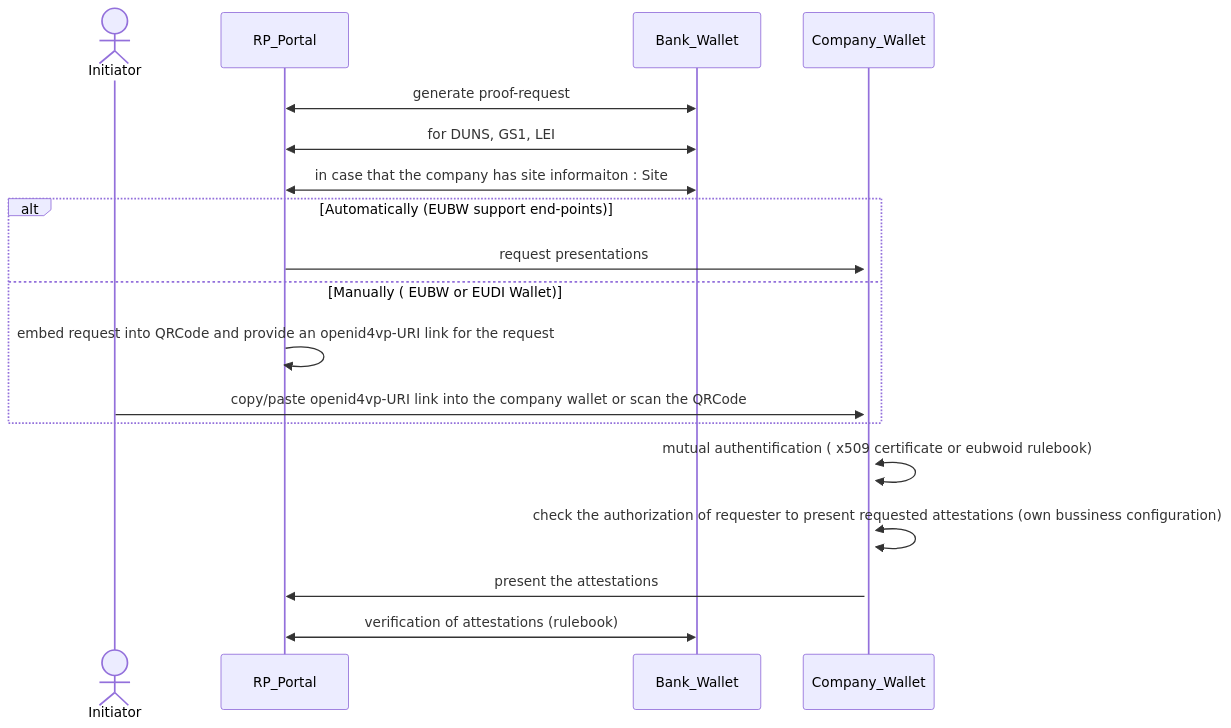
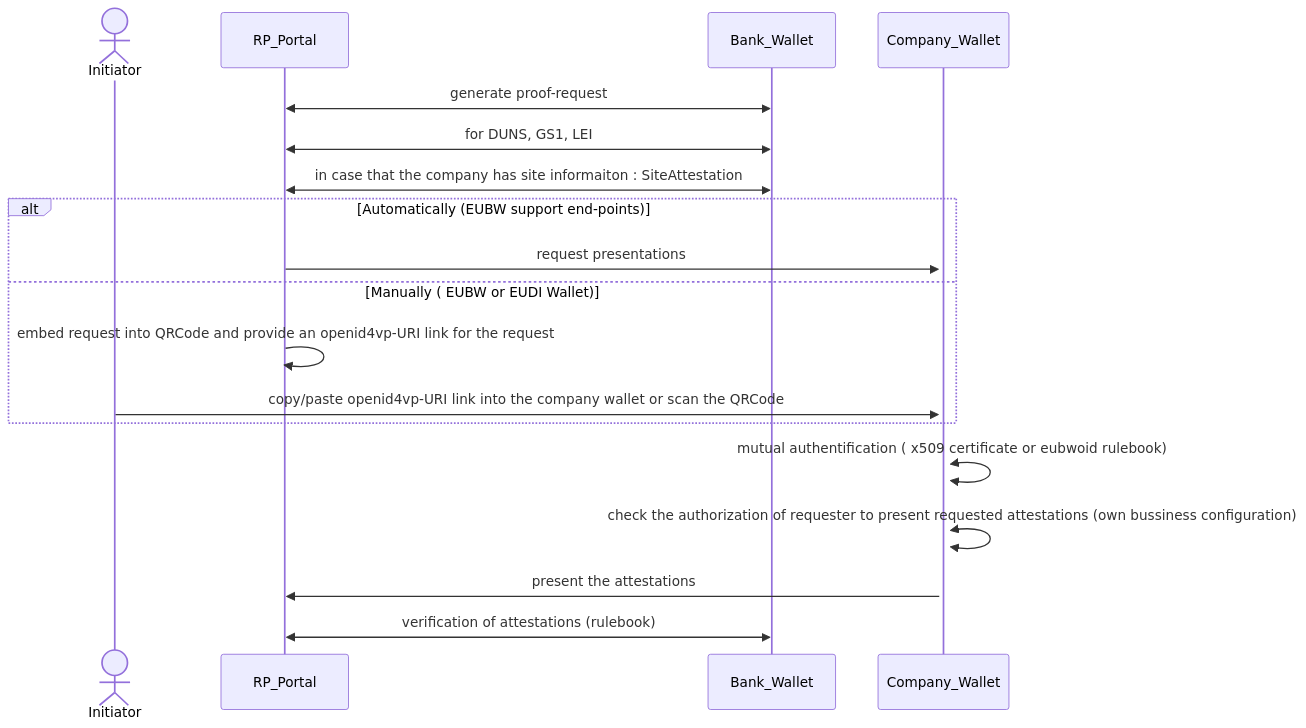
The sixth of 9 diagrams in BU1/BU1_KYS.md (DominicHurni/wp3-technology-standards), drawn with Mermaid before and after one commit. The commit also changed other lines of this file and 3 other files, not shown here.

````diff
--- a/BU1/BU1_KYS.md
+++ b/BU1/BU1_KYS.md
@@ -139,17 +140,17 @@
 ```mermaid
 sequenceDiagram
     actor Initiator
     RP_Portal<<->>Bank_Wallet: generate proof-request
     RP_Portal<<->>Bank_Wallet: for DUNS, GS1, LEI 
-    RP_Portal<<->>Bank_Wallet: in case that the company has site informaiton : Site 
+    RP_Portal<<->>Bank_Wallet: in case that the company has site informaiton : SiteAttestation 
     alt Automatically (EUBW support end-points)
         RP_Portal->>+Company_Wallet: request presentations
     else Manually ( EUBW or EUDI Wallet)
         RP_Portal->>RP_Portal: embed request into QRCode and provide an openid4vp-URI link for the request
         Initiator->>+Company_Wallet: copy/paste openid4vp-URI link into the company wallet or scan the QRCode
     end                 
     Company_Wallet<<->>Company_Wallet: mutual authentification ( x509 certificate or eubwoid rulebook)
     Company_Wallet<<->>Company_Wallet: check the authorization of requester to present requested attestations (own bussiness configuration)
     Company_Wallet->>RP_Portal: present the attestations
     RP_Portal<<->>Bank_Wallet: verification of attestations (rulebook)
 ```
````
